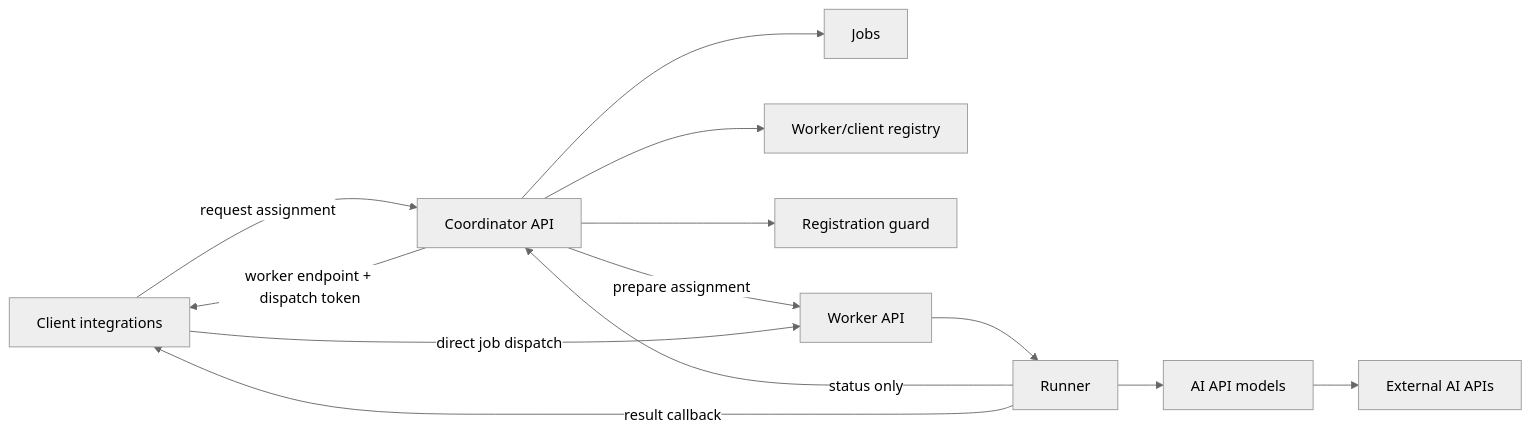
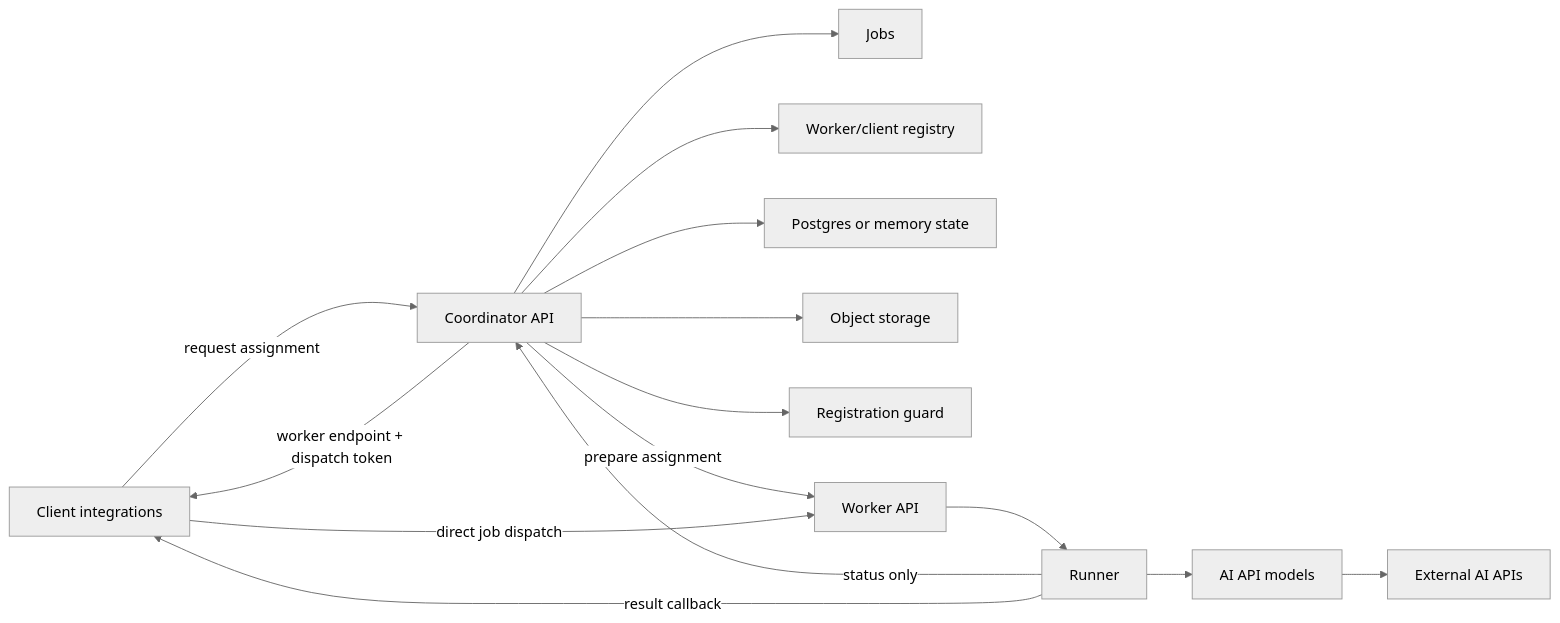
One commit to dmitriishobolov/TryOnService changed the diagram in README.md. Above: the diagram before and after it, drawn with Mermaid (neutral theme). The commit also changed other lines of this file and 31 other files, not shown here.

Commit message:
feat: add coordinator postgres persistence and storage refs

````diff
--- a/README.md
+++ b/README.md
@@ -20,15 +22,17 @@
 ```mermaid
 flowchart LR
     Client["Client integrations"] -->|"request assignment"| CoordinatorAPI["Coordinator API"]
     CoordinatorAPI --> Jobs["Jobs"]
     CoordinatorAPI --> Registry["Worker/client registry"]
+    CoordinatorAPI --> DB["Postgres or memory state"]
+    CoordinatorAPI --> Storage["Object storage"]
     CoordinatorAPI --> Security["Registration guard"]
     CoordinatorAPI -->|"prepare assignment"| WorkerAPI
     CoordinatorAPI -->|"worker endpoint + dispatch token"| Client
     Client -->|"direct job dispatch"| WorkerAPI["Worker API"]
     WorkerAPI --> Runner["Runner"]
     Runner --> Models["AI API models"]
     Models --> AI["External AI APIs"]
     Runner -->|"status only"| CoordinatorAPI
     Runner -->|"result callback"| Client
 ```
````
